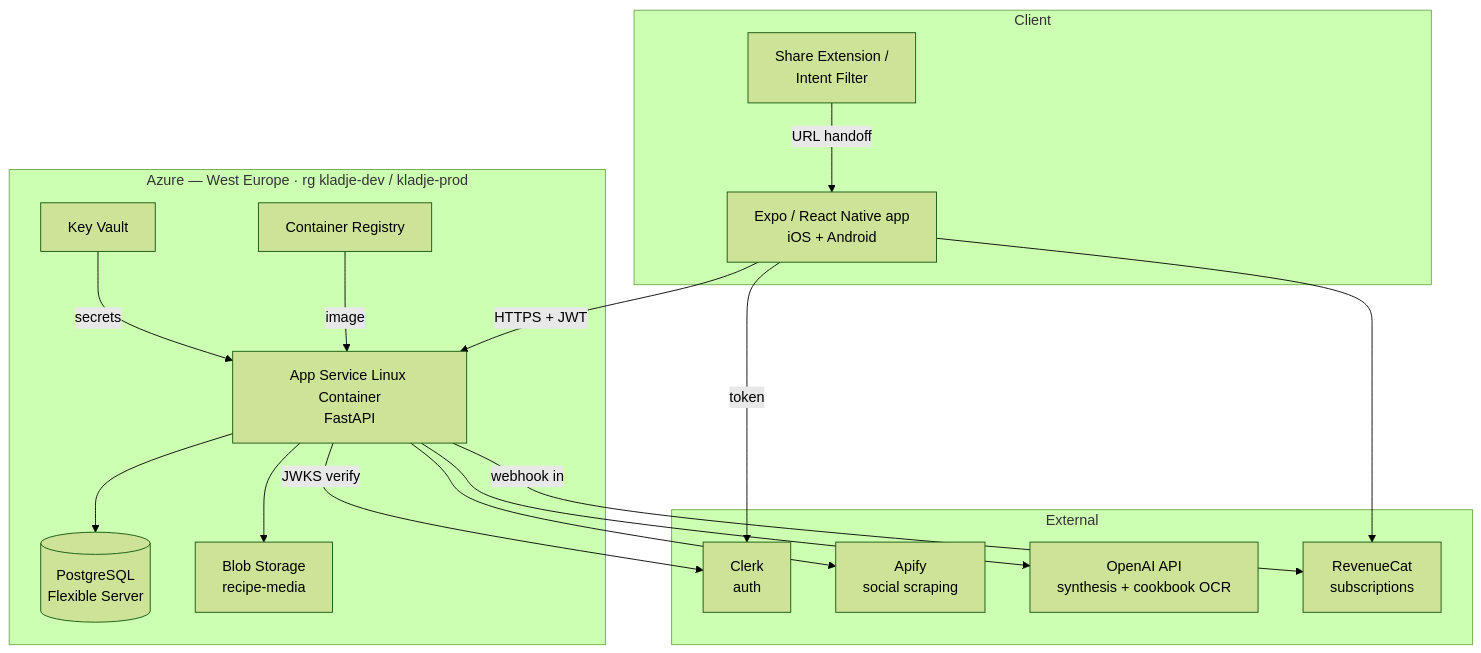
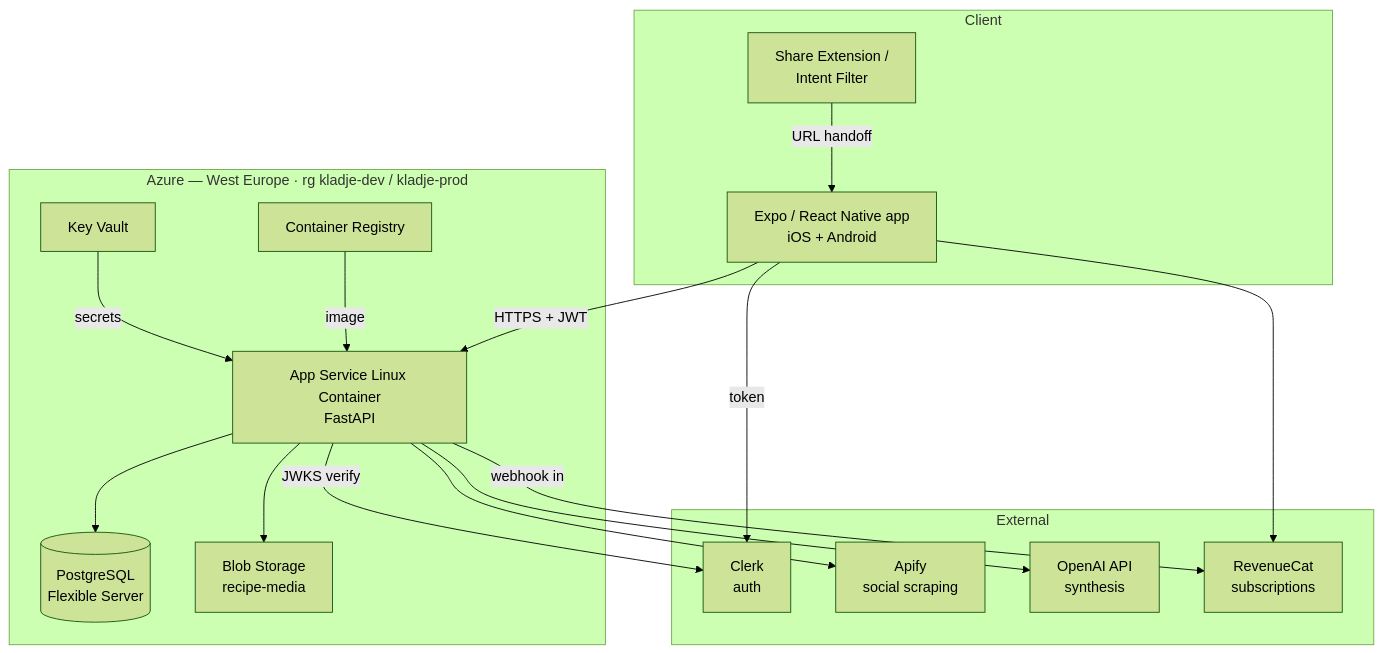
The diagram in docs/01-architecture.md (MouradLagsir199/Kladje), drawn with Mermaid (forest theme) before and after one commit. The commit also changed other lines of this file and 14 other files, not shown here.

````diff
--- a/docs/01-architecture.md
+++ b/docs/01-architecture.md
@@ -9,35 +9,35 @@
 ```mermaid
 graph TB
     subgraph Client
         APP[Expo / React Native app<br/>iOS + Android]
         EXT[Share Extension /<br/>Intent Filter]
     end
 
     subgraph Azure["Azure — West Europe · rg kladje-dev / kladje-prod"]
         API[App Service Linux Container<br/>FastAPI]
         PG[(PostgreSQL<br/>Flexible Server)]
         BLOB[Blob Storage<br/>recipe-media]
         ACR[Container Registry]
         KV[Key Vault]
     end
 
     subgraph External
         CLERK[Clerk<br/>auth]
         APIFY[Apify<br/>social scraping]
-        OAI[OpenAI API<br/>synthesis + cookbook OCR]
+        OAI[OpenAI API<br/>synthesis]
         RC[RevenueCat<br/>subscriptions]
     end
 
     EXT -->|URL handoff| APP
     APP -->|HTTPS + JWT| API
     APP -->|token| CLERK
     API -->|JWKS verify| CLERK
     API --> PG
     API --> BLOB
     API --> APIFY
     API --> OAI
     API -->|webhook in| RC
     APP --> RC
     ACR -->|image| API
     KV -->|secrets| API
 ```
````
